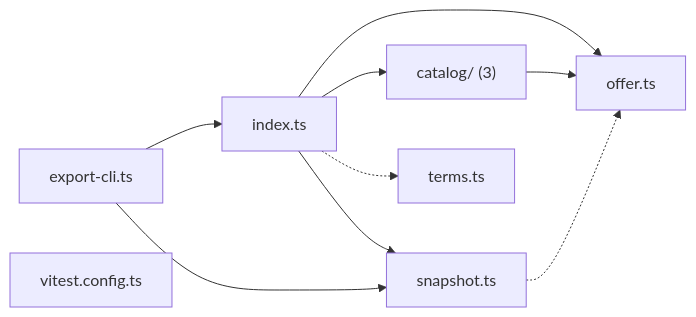
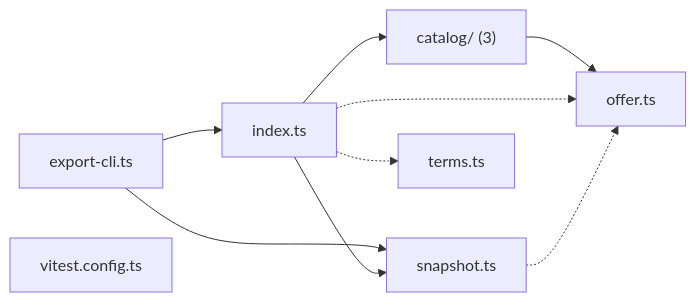
The diagram in map/generated/imports/@wren+offers.md (wrenautomation/wren), drawn with Mermaid before and after one commit. The commit also changed 96 other files, not shown here.

````diff
--- a/map/generated/imports/@wren+offers.md
+++ b/map/generated/imports/@wren+offers.md
@@ -13,18 +13,18 @@
 ```mermaid
 flowchart LR
+  ncatalog_["catalog/ (3)"]
+  nexport_cli_ts["export-cli.ts"]
   nindex_ts["index.ts"]
-  ncatalog_["catalog/ (3)"]
   noffer_ts["offer.ts"]
   nsnapshot_ts["snapshot.ts"]
   nterms_ts["terms.ts"]
-  nexport_cli_ts["export-cli.ts"]
   nvitest_config_ts["vitest.config.ts"]
+  ncatalog_ --> noffer_ts
+  nexport_cli_ts --> nindex_ts
+  nexport_cli_ts --> nsnapshot_ts
   nindex_ts --> ncatalog_
-  nindex_ts --> noffer_ts
+  nindex_ts -.-> noffer_ts
   nindex_ts --> nsnapshot_ts
   nindex_ts -.-> nterms_ts
-  ncatalog_ --> noffer_ts
   nsnapshot_ts -.-> noffer_ts
-  nexport_cli_ts --> nindex_ts
-  nexport_cli_ts --> nsnapshot_ts
 ```
````
